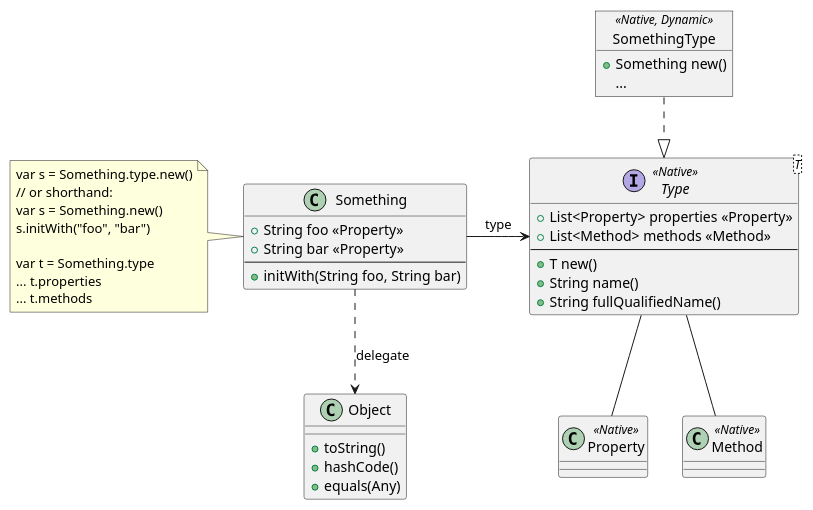
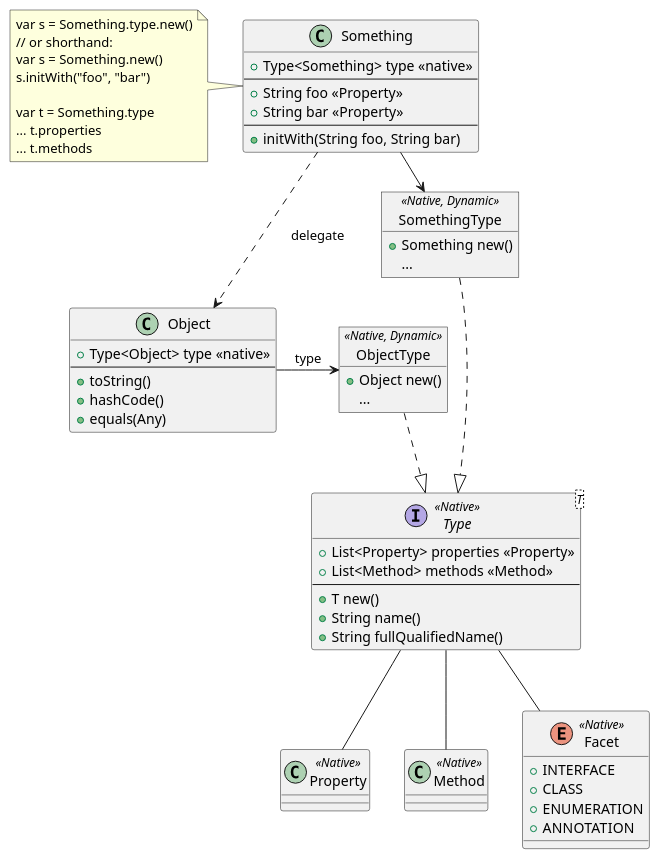
One commit to Weltraumschaf/cay-the changed the diagram in module-experiments/module-ideas/src/main/resources/uml/type_system.puml. Above: the diagram before and after it, drawn with PlantUML. The commit also changed 1 other file, not shown here.

Commit message:
Refine the idea about the type system

```diff
--- a/module-experiments/module-ideas/src/main/resources/uml/type_system.puml
+++ b/module-experiments/module-ideas/src/main/resources/uml/type_system.puml
@@ -1,54 +1,71 @@
 @startuml
 
 skinparam componentStyle uml2
-
-class Object {
-    +toString()
-    +hashCode()
-    +equals(Any)
-}
 
 interface Type<T> <<Native>> {
     + List<Property> properties <<Property>>
     + List<Method> methods <<Method>>
     --
     +T new()
     +String name()
     +String fullQualifiedName()
 }
 
 class Property <<Native>>
 class Method <<Native>>
+enum Facet <<Native>> {
+    +INTERFACE
+    +CLASS
+    +ENUMERATION
+    +ANNOTATION
+}
 
 Type -- Property
 Type -- Method
+Type -- Facet
+
+object ObjectType <<Native, Dynamic>> {
+    +Object new()
+    ...
+}
+ObjectType ..|> Type
+
+class Object {
+    + Type<Object> type <<native>>
+    --
+    +toString()
+    +hashCode()
+    +equals(Any)
+}
+Object -> ObjectType : type
 
 object SomethingType <<Native, Dynamic>> {
     +Something new()
     ...
 }
+SomethingType ..|> Type
 
 class Something {
+    + Type<Something> type <<native>>
+    --
     + String foo <<Property>>
     + String bar <<Property>>
     --
     + initWith(String foo, String bar)
 }
 
-SomethingType ..|> Type
-
 Something ..> Object : delegate
-Something -> Type : type
+Something -> SomethingType : type
 
 note left of Something {
     var s = Something.type.new()
     // or shorthand:
     var s = Something.new()
     s.initWith("foo", "bar")
 
     var t = Something.type
     ... t.properties
     ... t.methods
 }
 
 @enduml
```
